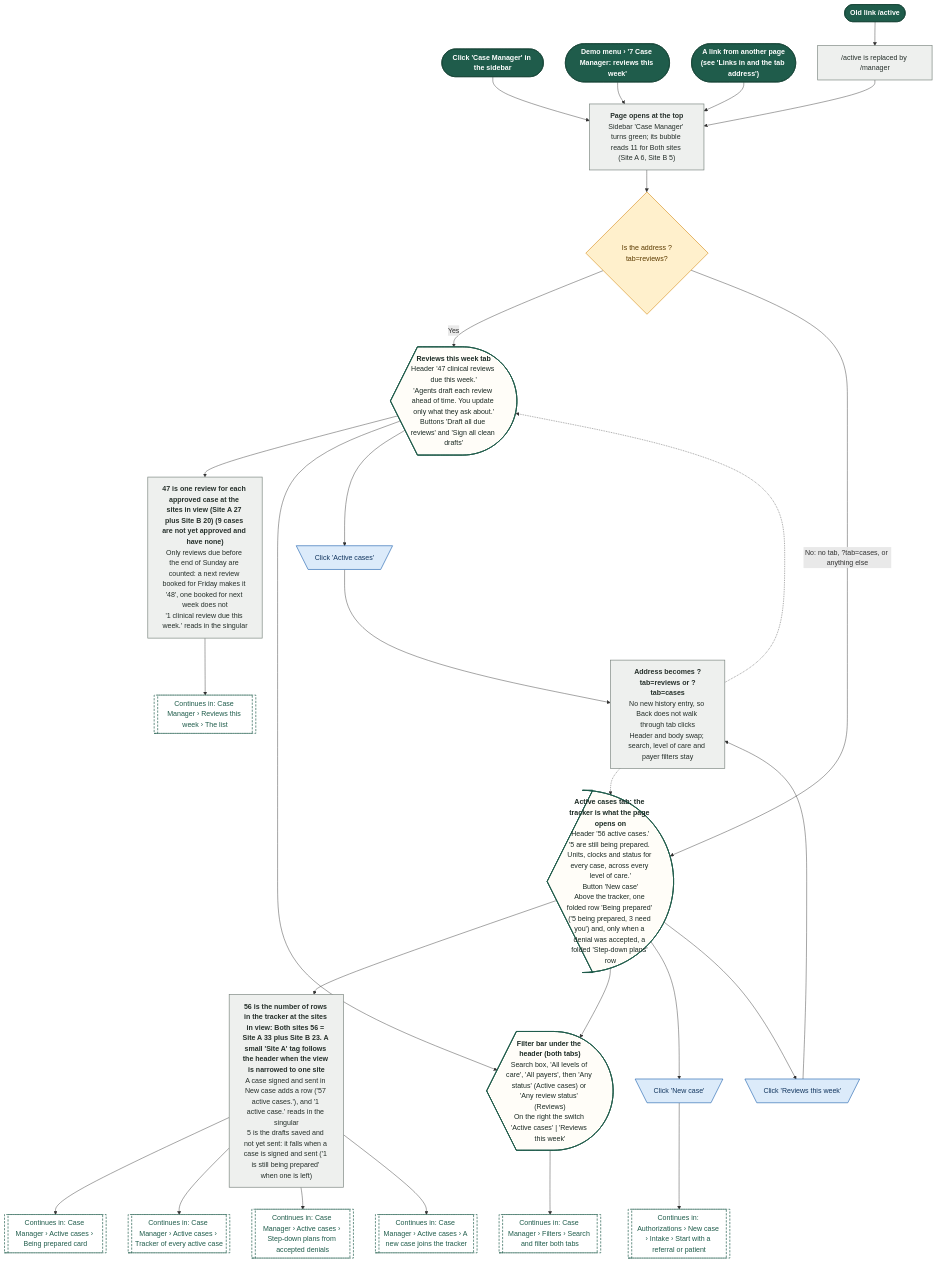
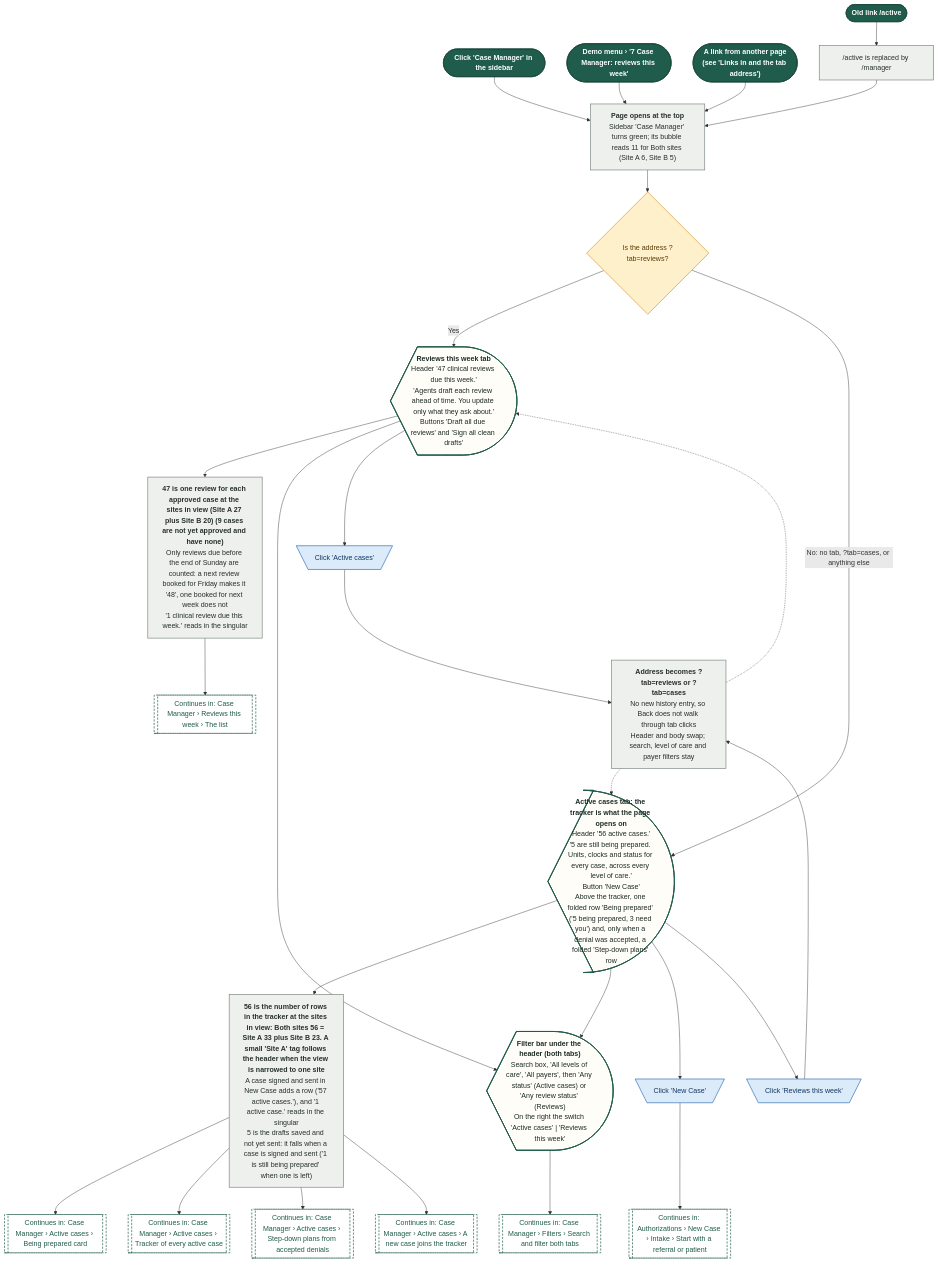
Before and after one commit to Shrav143/psyfloapp: the first of 25 diagrams in demos/prior-auth-demo/workflows/out/md/07-case-manager.md, drawn with Mermaid. The commit also changed other lines of this file and 202 other files, not shown here.

First line of the commit message:
docs: round 6 README, CONVENTIONS, spec section 17, diagram module blurbs and 336 rebuilt diagrams

````diff
--- a/demos/prior-auth-demo/workflows/out/md/07-case-manager.md
+++ b/demos/prior-auth-demo/workflows/out/md/07-case-manager.md
@@ -15,69 +15,69 @@
 ```mermaid
 %%{init: {"theme":"base","themeVariables":{"fontFamily":"'DM Sans', 'Segoe UI', system-ui, sans-serif","fontSize":"15px","lineColor":"#5B6B63","primaryTextColor":"#1C2B25","clusterBkg":"#FBF8F3","clusterBorder":"#D9CDBB","edgeLabelBackground":"#FFFFFF"},"flowchart":{"curve":"basis","nodeSpacing":36,"rankSpacing":48,"padding":12,"htmlLabels":true,"useMaxWidth":false,"wrappingWidth":230}} }%%
 flowchart TD
   classDef k_start fill:#1F5C4B,stroke:#174638,color:#FFFFFF,stroke-width:1.5px,font-weight:600
   classDef k_end fill:#DDEFE3,stroke:#2E7D4F,color:#14502F,stroke-width:1.5px,font-weight:600
   classDef k_endx fill:#FBE3E0,stroke:#C0392B,color:#7A1F16,stroke-width:1.5px,font-weight:600
   classDef k_screen fill:#FFFDF8,stroke:#1F5C4B,color:#1C2B25,stroke-width:2px
   classDef k_overlay fill:#F1F7F3,stroke:#1F5C4B,color:#1C2B25,stroke-width:2px,stroke-dasharray:5 3
   classDef k_click fill:#DCEBFA,stroke:#2F6DB5,color:#12365F,stroke-width:1.5px
   classDef k_input fill:#E4E7FF,stroke:#4C5FD5,color:#1D2670,stroke-width:1.5px
   classDef k_process fill:#EEF0EE,stroke:#7A857F,color:#26302B,stroke-width:1.5px
   classDef k_agent fill:#EEE5FA,stroke:#7A4FC2,color:#341A63,stroke-width:1.5px
   classDef k_decision fill:#FFF0CC,stroke:#D9962B,color:#5C3B00,stroke-width:1.5px
   classDef k_store fill:#D5F0EA,stroke:#1C8E7B,color:#0B4A3F,stroke-width:1.5px
   classDef k_doc fill:#F6E9DC,stroke:#B07A4C,color:#4A2E14,stroke-width:1.5px
   classDef k_ext fill:#FFE6D2,stroke:#E07B39,color:#6B2F06,stroke-width:1.5px
   classDef k_wait fill:#E4E8EE,stroke:#6B7C93,color:#26303D,stroke-width:1.5px
   classDef k_toast fill:#FFF9DB,stroke:#C9A400,color:#5A4A00,stroke-width:1.5px
   classDef k_goto fill:#FFFFFF,stroke:#1F5C4B,color:#1F5C4B,stroke-width:1.5px,stroke-dasharray:5 3
   s1@{ shape: stadium, label: "Click 'Case Manager' in the sidebar" }
   s2@{ shape: stadium, label: "Demo menu › '7 Case Manager: reviews this week'" }
   s3@{ shape: stadium, label: "Old link /active" }
   s4@{ shape: stadium, label: "<b>A link from another page</b><br/>(see 'Links in and the tab address')" }
   p0@{ shape: rect, label: "/active is replaced by /manager" }
   p1@{ shape: rect, label: "<b>Page opens at the top</b><br/>Sidebar 'Case Manager' turns green; its bubble reads 11 for Both sites (Site A 6, Site B 5)" }
   d1@{ shape: diam, label: "Is the address ?tab=reviews?" }
-  sA@{ shape: curv-trap, label: "<b>Active cases tab: the tracker is what the page opens on</b><br/>Header '56 active cases.'<br/>'5 are still being prepared. Units, clocks and status for every case, across every level of care.'<br/>Button 'New case'<br/>Above the tracker, one folded row 'Being prepared' ('5 being prepared, 3 need you') and, only when a denial was accepted, a folded 'Step-down plans' row" }
-  cA@{ shape: rect, label: "<b>56 is the number of rows in the tracker at the sites in view: Both sites 56 = Site A 33 plus Site B 23. A small 'Site A' tag follows the header when the view is narrowed to one site</b><br/>A case signed and sent in New case adds a row ('57 active cases.'), and '1 active case.' reads in the singular<br/>5 is the drafts saved and not yet sent: it falls when a case is signed and sent ('1 is still being prepared' when one is left)" }
+  sA@{ shape: curv-trap, label: "<b>Active cases tab: the tracker is what the page opens on</b><br/>Header '56 active cases.'<br/>'5 are still being prepared. Units, clocks and status for every case, across every level of care.'<br/>Button 'New Case'<br/>Above the tracker, one folded row 'Being prepared' ('5 being prepared, 3 need you') and, only when a denial was accepted, a folded 'Step-down plans' row" }
+  cA@{ shape: rect, label: "<b>56 is the number of rows in the tracker at the sites in view: Both sites 56 = Site A 33 plus Site B 23. A small 'Site A' tag follows the header when the view is narrowed to one site</b><br/>A case signed and sent in New Case adds a row ('57 active cases.'), and '1 active case.' reads in the singular<br/>5 is the drafts saved and not yet sent: it falls when a case is signed and sent ('1 is still being prepared' when one is left)" }
   sR@{ shape: curv-trap, label: "<b>Reviews this week tab</b><br/>Header '47 clinical reviews due this week.'<br/>'Agents draft each review ahead of time. You update only what they ask about.'<br/>Buttons 'Draft all due reviews' and 'Sign all clean drafts'" }
   cR@{ shape: rect, label: "<b>47 is one review for each approved case at the sites in view (Site A 27 plus Site B 20) (9 cases are not yet approved and have none)</b><br/>Only reviews due before the end of Sunday are counted: a next review booked for Friday makes it '48', one booked for next week does not<br/>'1 clinical review due this week.' reads in the singular" }
   sF@{ shape: curv-trap, label: "<b>Filter bar under the header (both tabs)</b><br/>Search box, 'All levels of care', 'All payers', then 'Any status' (Active cases) or 'Any review status' (Reviews)<br/>On the right the switch 'Active cases' | 'Reviews this week'" }
   c1@{ shape: trap-t, label: "Click 'Reviews this week'" }
   c2@{ shape: trap-t, label: "Click 'Active cases'" }
   p2@{ shape: rect, label: "<b>Address becomes ?tab=reviews or ?tab=cases</b><br/>No new history entry, so Back does not walk through tab clicks<br/>Header and body swap; search, level of care and payer filters stay" }
-  c3@{ shape: trap-t, label: "Click 'New case'" }
+  c3@{ shape: trap-t, label: "Click 'New Case'" }
   g1@{ shape: subproc, label: "Continues in: Case Manager › Filters › Search and filter both tabs" }
   g2@{ shape: subproc, label: "Continues in: Case Manager › Active cases › Being prepared card" }
   g3@{ shape: subproc, label: "Continues in: Case Manager › Active cases › Tracker of every active case" }
   g4@{ shape: subproc, label: "Continues in: Case Manager › Reviews this week › The list" }
-  g5@{ shape: subproc, label: "Continues in: Authorizations › New case › Intake › Start with a referral or patient" }
+  g5@{ shape: subproc, label: "Continues in: Authorizations › New Case › Intake › Start with a referral or patient" }
   g6@{ shape: subproc, label: "Continues in: Case Manager › Active cases › Step-down plans from accepted denials" }
   g7@{ shape: subproc, label: "Continues in: Case Manager › Active cases › A new case joins the tracker" }
   s1 --> p1
   s2 --> p1
   s3 --> p0 --> p1
   s4 --> p1
   p1 --> d1
   d1 -->|"Yes"| sR --> cR
   d1 -->|"No: no tab, ?tab=cases, or anything else"| sA --> cA
   sA --> sF
   sR --> sF
   sF --> g1
   sA --> c3 --> g5
   sA --> c1 --> p2
   sR --> c2 --> p2
   p2 -.-> sA
   p2 -.-> sR
   cA --> g2
   cA --> g3
   cA --> g6
   cA --> g7
   cR --> g4
   class s1,s2,s3,s4 k_start
   class p0,p1,cA,cR,p2 k_process
   class d1 k_decision
   class sA,sR,sF k_screen
   class c1,c2,c3 k_click
   class g1,g2,g3,g4,g5,g6,g7 k_goto
 ```
````
